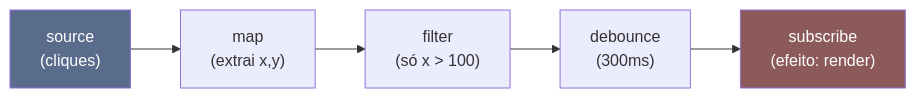
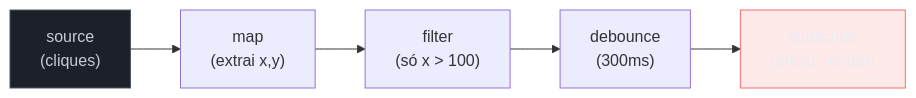
Before and after one commit to josenaldo/codex-technomanticus: the second of 7 diagrams in 03-Dominios/Ciência/Paradigmas/12 - Programação reativa e dataflow.md, drawn with Mermaid. The commit also changed other lines of this file and 1181 other files, not shown here.

First line of the commit message:
fix(diagramas): paleta do sistema no lugar de cor cravada no markdown

````diff
--- a/03-Dominios/Ciência/Paradigmas/12 - Programação reativa e dataflow.md
+++ b/03-Dominios/Ciência/Paradigmas/12 - Programação reativa e dataflow.md
@@ -56,9 +58,11 @@
 ```mermaid
 flowchart LR
+    classDef neutro fill:#1B2029,stroke:#4E5666,color:#C6CCD8
+    classDef falha fill:#FF6B6B24,stroke:#FF6B6B,color:#E9ECF2
     S["source<br/>(cliques)"] --> M["map<br/>(extrai x,y)"]
     M --> F["filter<br/>(só x &gt; 100)"]
     F --> D["debounce<br/>(300ms)"]
     D --> SUB["subscribe<br/>(efeito: render)"]
-    style S fill:#5a6c8c,color:#fff
-    style SUB fill:#8c5a5a,color:#fff
+    class S neutro
+    class SUB falha
 ```
````
